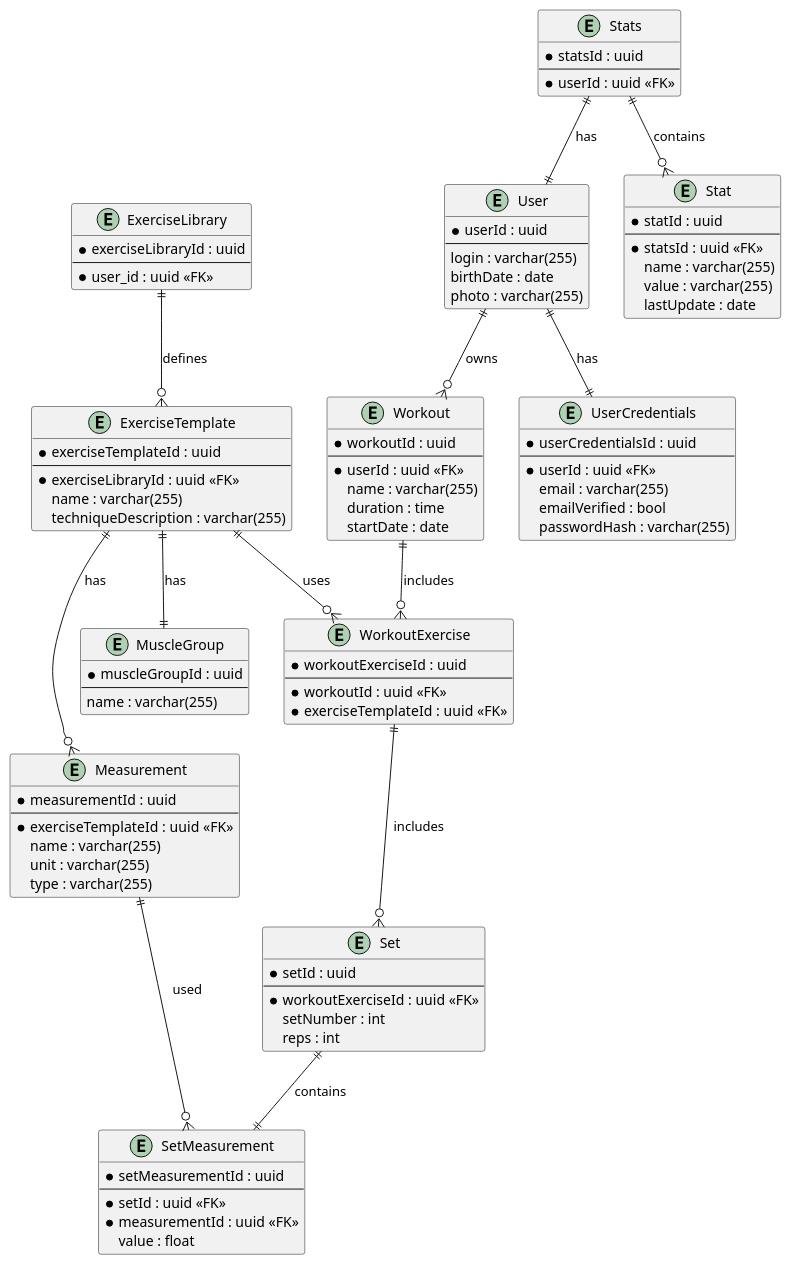
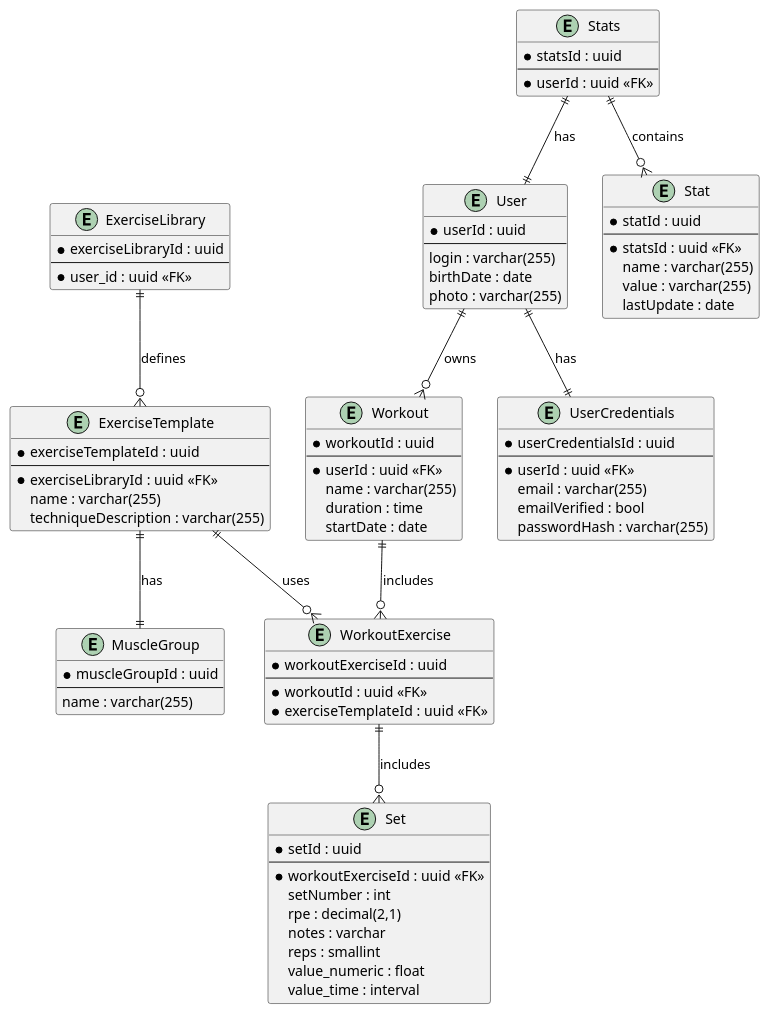
The diagram in uml.puml (kv1sidisi/ShapeUp2), drawn with PlantUML before and after one commit.

Commit message:
fix: measurement deleted

```diff
--- a/uml.puml
+++ b/uml.puml
@@ -1,120 +1,103 @@
 @startuml
 
 entity User {
 * userId : uuid
 --
 login : varchar(255)
 birthDate : date
 photo : varchar(255)
 }
 
 entity UserCredentials {
 * userCredentialsId : uuid
 --
 * userId : uuid <<FK>>
 email : varchar(255)
 emailVerified : bool
 passwordHash : varchar(255)
 }
 
 entity Stats {
 * statsId : uuid
 --
 * userId : uuid <<FK>>
 }
 
 entity Stat {
 * statId : uuid
 --
 * statsId : uuid <<FK>>
 name : varchar(255)
 value : varchar(255)
 lastUpdate : date
 }
 
 
 
 
 entity Workout {
 * workoutId : uuid
 --
 * userId : uuid <<FK>>
 name : varchar(255)
 duration : time
 startDate : date
 }
 
 
 entity ExerciseLibrary {
 * exerciseLibraryId : uuid
 --
 * user_id : uuid <<FK>>
 }
 
 entity ExerciseTemplate {
 * exerciseTemplateId : uuid
 --
 * exerciseLibraryId : uuid <<FK>>
 name : varchar(255)
 techniqueDescription : varchar(255)
 }
 
 entity WorkoutExercise {
 * workoutExerciseId : uuid
 --
 * workoutId : uuid <<FK>>
 * exerciseTemplateId : uuid <<FK>>
 }
 
 entity Set {
 * setId : uuid
 --
 * workoutExerciseId : uuid <<FK>>
 setNumber : int
-reps : int
-}
-
-entity SetMeasurement {
-* setMeasurementId : uuid
---
-* setId : uuid <<FK>>
-* measurementId : uuid <<FK>>
-value : float
-}
-
-entity Measurement {
-* measurementId : uuid
---
-* exerciseTemplateId : uuid <<FK>>
-name : varchar(255)
-unit : varchar(255)
-type : varchar(255)
+rpe : decimal(2,1)
+notes : varchar
+reps : smallint
+value_numeric : float
+value_time : interval
 }
 
 entity MuscleGroup {
 * muscleGroupId : uuid
 --
 name : varchar(255)
 }
 
 
 User ||--|| UserCredentials : has
 User ||--o{ Workout : owns
 
 Stats ||--|| User : has
 Stats ||--o{ Stat : contains
 
 Workout ||--o{ WorkoutExercise : includes
 WorkoutExercise ||--o{ Set : includes
 
 ExerciseLibrary ||--o{ ExerciseTemplate : defines
 ExerciseTemplate ||--o{ WorkoutExercise : uses
-ExerciseTemplate ||--o{ Measurement : has
 ExerciseTemplate ||--|| MuscleGroup : has
-
-Set ||--|| SetMeasurement : contains
-Measurement ||--o{ SetMeasurement : used
 
 
 
 @enduml
```
